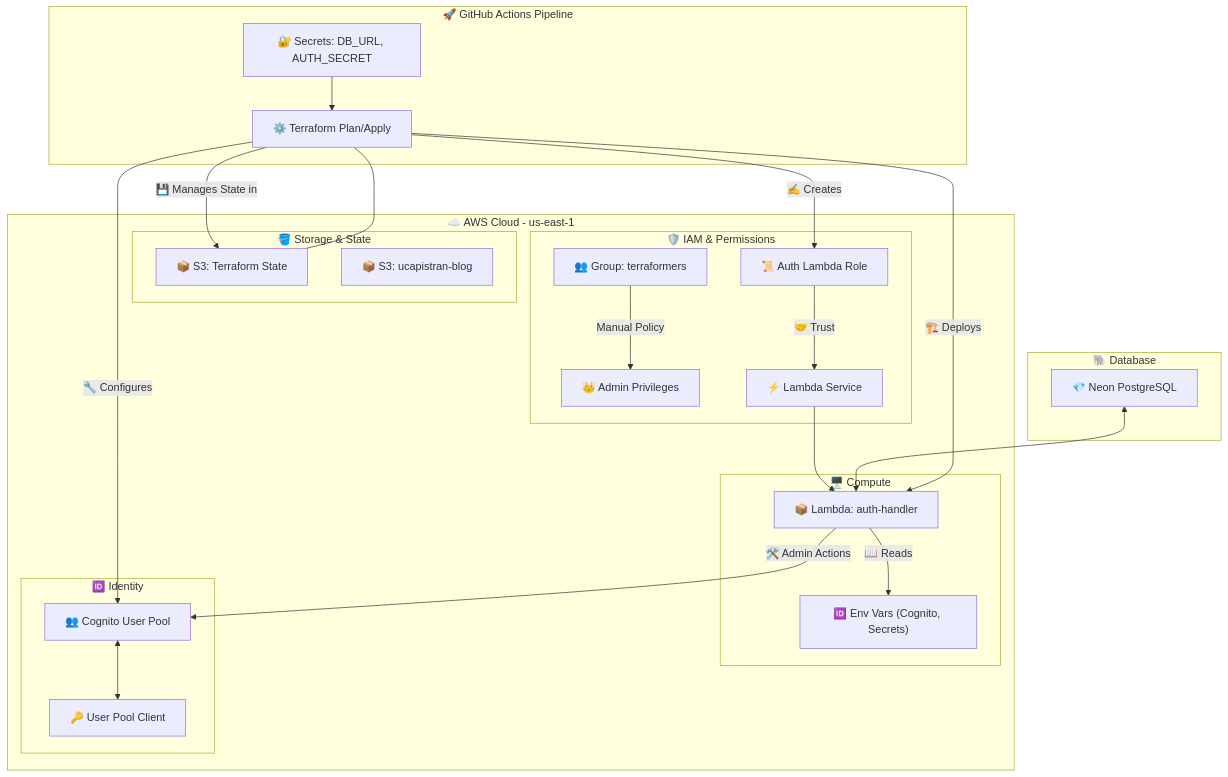
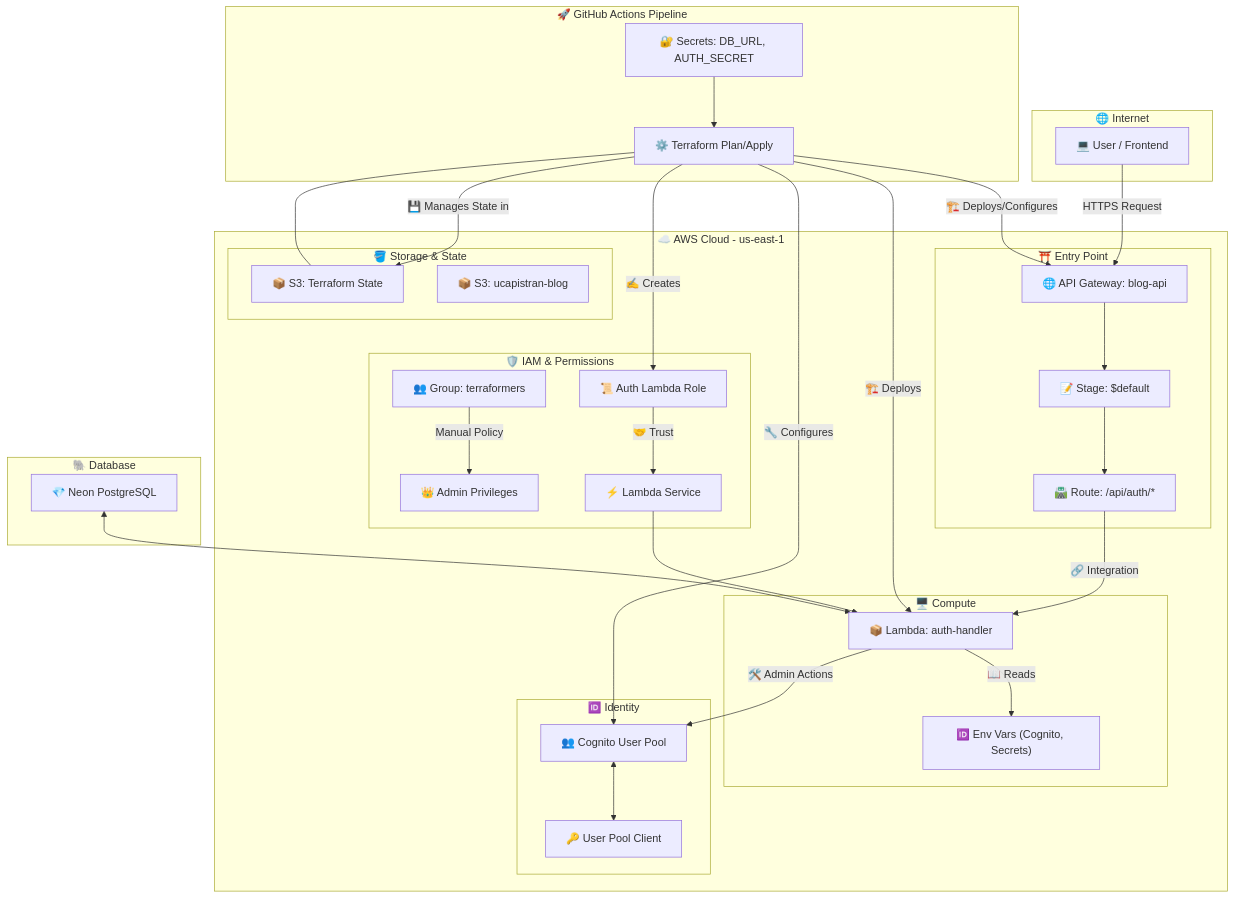
One commit to capistran-lab/blog-iac changed the diagram in README.md. Above: the diagram before and after it, drawn with Mermaid. The commit also changed 1 other file, not shown here.

Commit message:
infra: addig aws api gateway

````diff
--- a/README.md
+++ b/README.md
@@ -34,37 +34,55 @@
 ```mermaid
 graph TD
+    subgraph External_User [🌐 Internet]
+        User["💻 User / Frontend"]
+    end
+
     subgraph GitHub_Actions [🚀 GitHub Actions Pipeline]
         A["🔐 Secrets: DB_URL, AUTH_SECRET"] --> B["⚙️ Terraform Plan/Apply"]
     end
 
     subgraph AWS_Cloud [☁️ AWS Cloud - us-east-1]
+
+        subgraph Gateway_Layer [⛩️ Entry Point]
+            GW["🌐 API Gateway: blog-api"]
+            ST["📝 Stage: $default"]
+            RT["🛣️ Route: /api/auth/*"]
+
+            GW --> ST
+            ST --> RT
+        end
+
         subgraph Storage_Layer [🪣 Storage & State]
             S1["📦 S3: Terraform State"] --- B
             S2["📦 S3: ucapistran-blog"]
         end
 
         subgraph IAM_Control [🛡️ IAM & Permissions]
             C["👥 Group: terraformers"] -- "Manual Policy" --> D["👑 Admin Privileges"]
             E["📜 Auth Lambda Role"] -- "🤝 Trust" --> F["⚡ Lambda Service"]
         end
 
         subgraph Compute_Layer [🖥️ Compute]
             F --> G["📦 Lambda: auth-handler"]
             G -- "📖 Reads" --> H["🆔 Env Vars (Cognito, Secrets)"]
         end
 
         subgraph Auth_Identity [🆔 Identity]
             I["👥 Cognito User Pool"] <--> J["🔑 User Pool Client"]
             G -- "🛠️ Admin Actions" --> I
         end
+
+        RT -- "🔗 Integration" --> G
     end
 
     subgraph External [🐘 Database]
         K["💎 Neon PostgreSQL"] <--> G
     end
 
+    User -- "HTTPS Request" --> GW
+    B -- "🏗️ Deploys/Configures" --> GW
     B -- "🏗️ Deploys" --> G
     B -- "🔧 Configures" --> I
     B -- "✍️ Creates" --> E
     B -- "💾 Manages State in" --> S1
 ```
````
